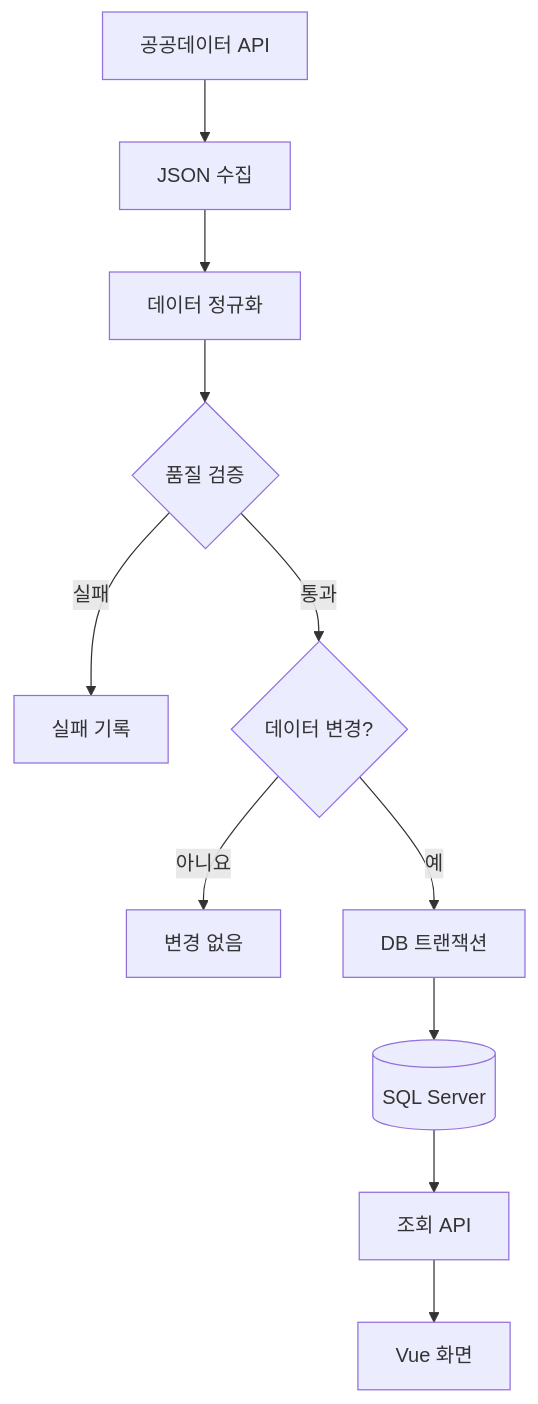
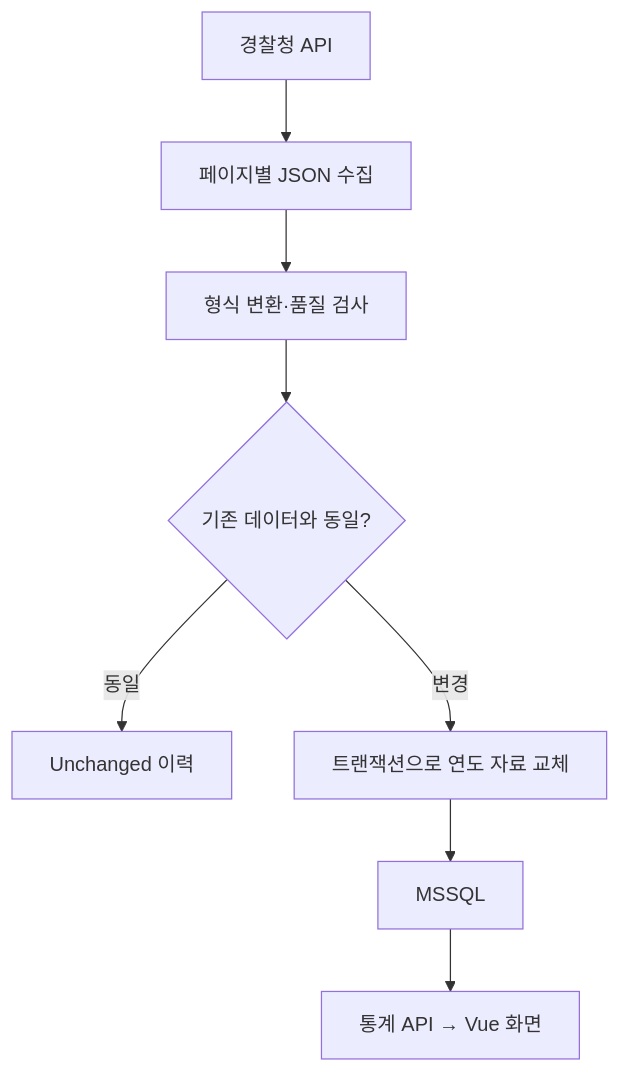
The diagram in README.md (EddieEom/CRIMAP_INSIGHT), drawn with Mermaid before and after one commit. The commit also changed other lines of this file and 7 other files, not shown here.

````diff
--- a/README.md
+++ b/README.md
@@ -49,13 +65,10 @@
 ```mermaid
 flowchart TD
-  A["공공데이터 API"] --> B["JSON 수집"]
-  B --> C["데이터 정규화"]
-  C --> D{"품질 검증"}
-  D -->|실패| E["실패 기록"]
-  D -->|통과| F{"데이터 변경?"}
-  F -->|아니요| G["변경 없음"]
-  F -->|예| H["DB 트랜잭션"]
-  H --> I[("SQL Server")]
-  I --> J["조회 API"]
-  J --> K["Vue 화면"]
+    A["경찰청 API"] --> B["페이지별 JSON 수집"]
+    B --> C["형식 변환·품질 검사"]
+    C --> D{"기존 데이터와 동일?"}
+    D -->|동일| E["Unchanged 이력"]
+    D -->|변경| F["트랜잭션으로 연도 자료 교체"]
+    F --> G["MSSQL"]
+    G --> H["통계 API → Vue 화면"]
 ```
````
